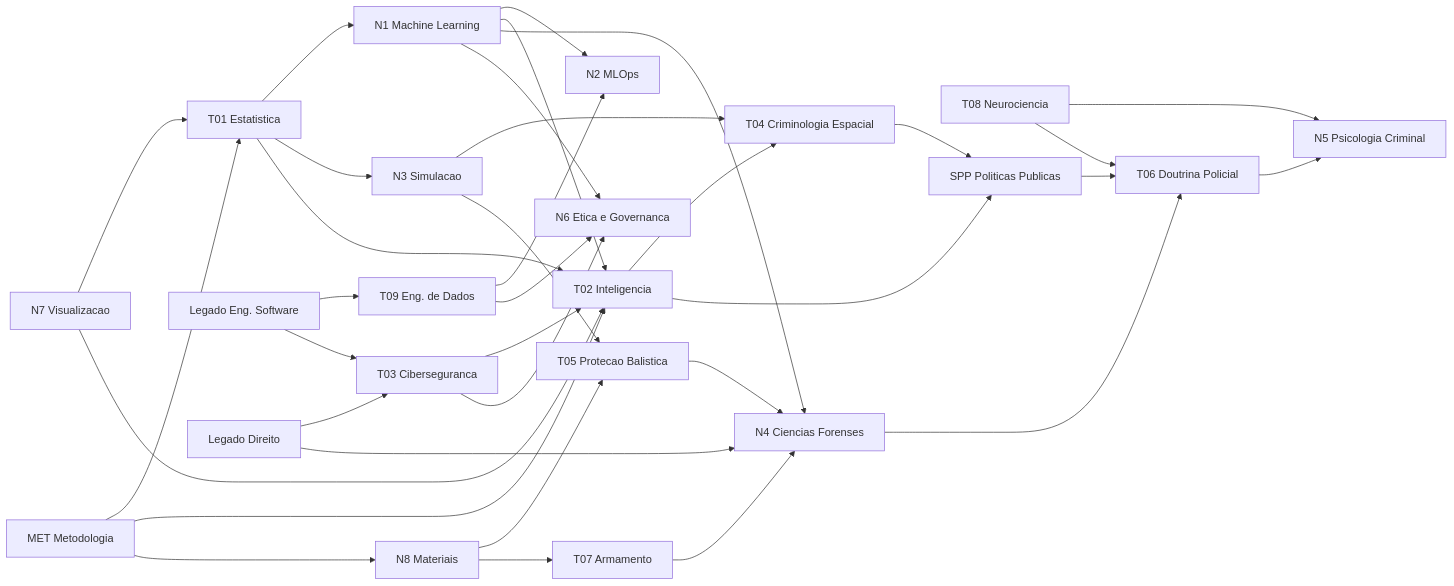
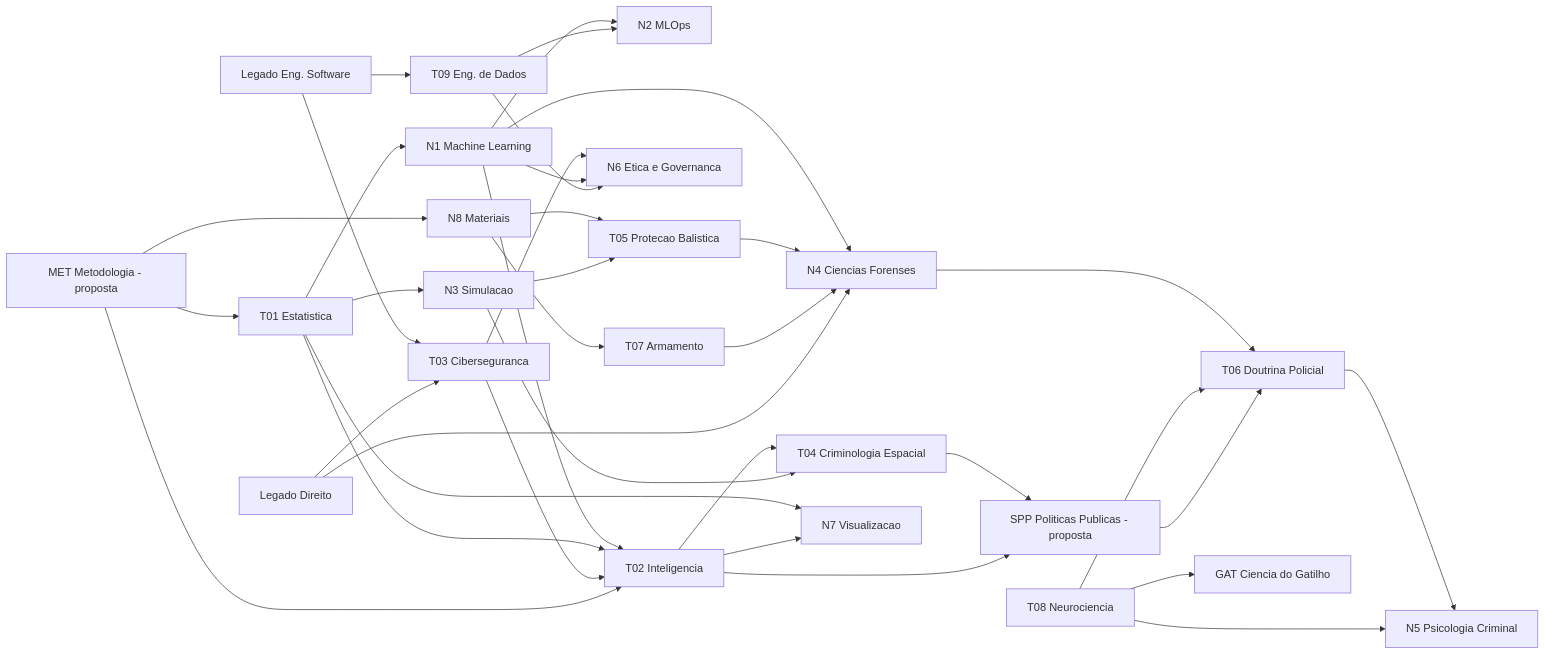
The second of 3 diagrams in atlas-reestruturacao-completa.md (RicsonRamos/atlas), drawn with Mermaid before and after one commit. The commit also changed other lines of this file, not shown here.

````diff
--- a/atlas-reestruturacao-completa.md
+++ b/atlas-reestruturacao-completa.md
@@ -679,37 +605,38 @@
 ```mermaid
 graph LR
     EST[T01 Estatistica] --> ML[N1 Machine Learning]
     ML --> OPS[N2 MLOps]
     DE[T09 Eng. de Dados] --> OPS
     EST --> SIM[N3 Simulacao]
     ML --> IAF[T02 Inteligencia]
     EST --> IAF
     IAF --> GEO[T04 Criminologia Espacial]
     SIM --> GEO
     ML --> FOR[N4 Ciencias Forenses]
     FOR --> DPF[T06 Doutrina Policial]
     DPF --> PSI[N5 Psicologia Criminal]
     NEU[T08 Neurociencia] --> PSI
     NEU --> DPF
+    NEU --> GAT[GAT Ciencia do Gatilho]
     DIG[T03 Ciberseguranca] --> IAF
     DIG --> GOV[N6 Etica e Governanca]
     ML --> GOV
     DE --> GOV
     MAT[N8 Materiais] --> BAL[T05 Protecao Balistica]
     MAT --> ARM[T07 Armamento]
     SIM --> BAL
     BAL --> FOR
     ARM --> FOR
-    VIZ[N7 Visualizacao] --> EST
-    VIZ --> IAF
+    EST --> VIZ[N7 Visualizacao]
+    IAF --> VIZ
     LEGSW[Legado Eng. Software] --> DE
     LEGSW --> DIG
     LEGDIR[Legado Direito] --> DIG
     LEGDIR --> FOR
-    MET[MET Metodologia] --> EST
+    MET[MET Metodologia - proposta] --> EST
     MET --> IAF
     MET --> MAT
-    GEO --> SPP[SPP Politicas Publicas]
+    GEO --> SPP[SPP Politicas Publicas - proposta]
     IAF --> SPP
     SPP --> DPF
 ```
````
